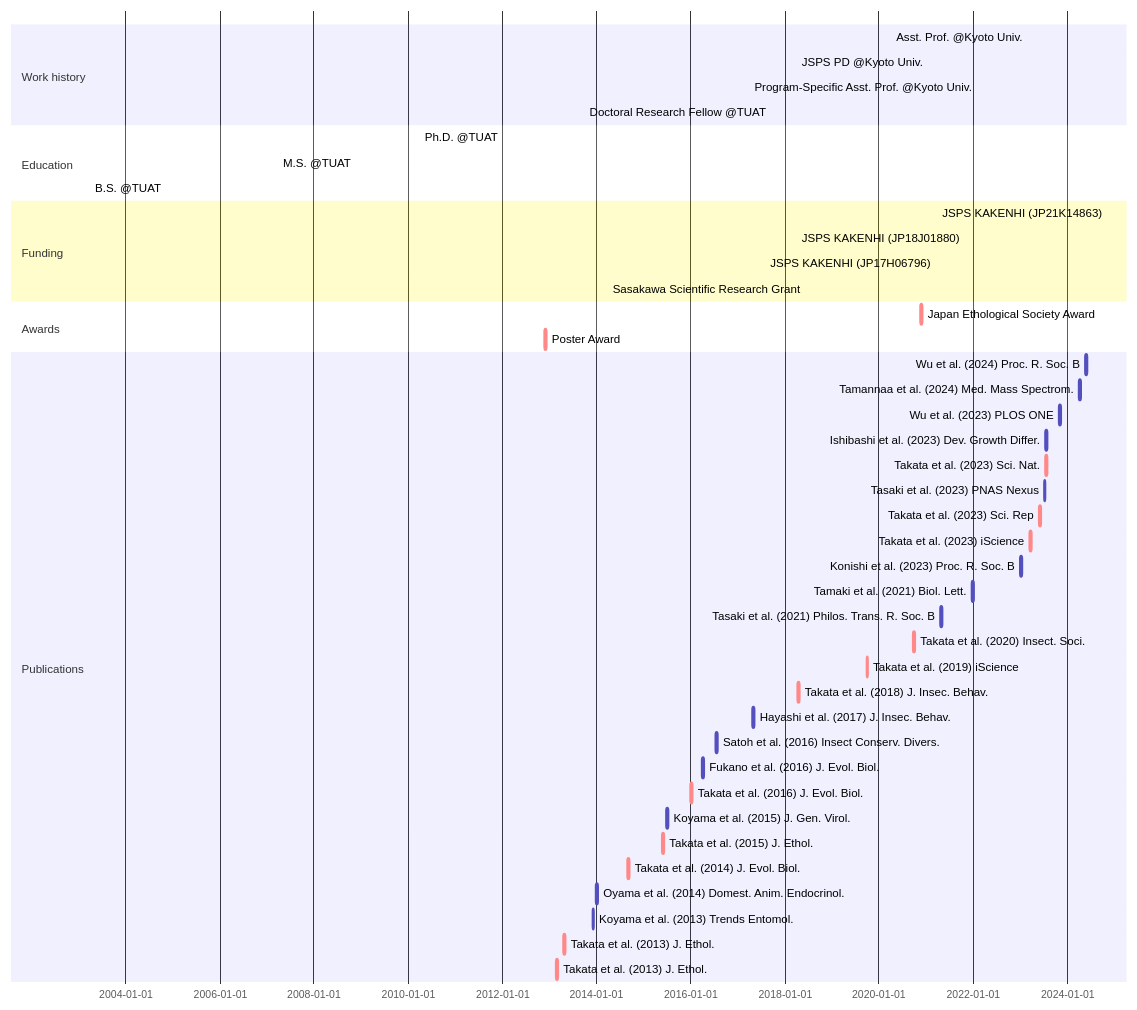
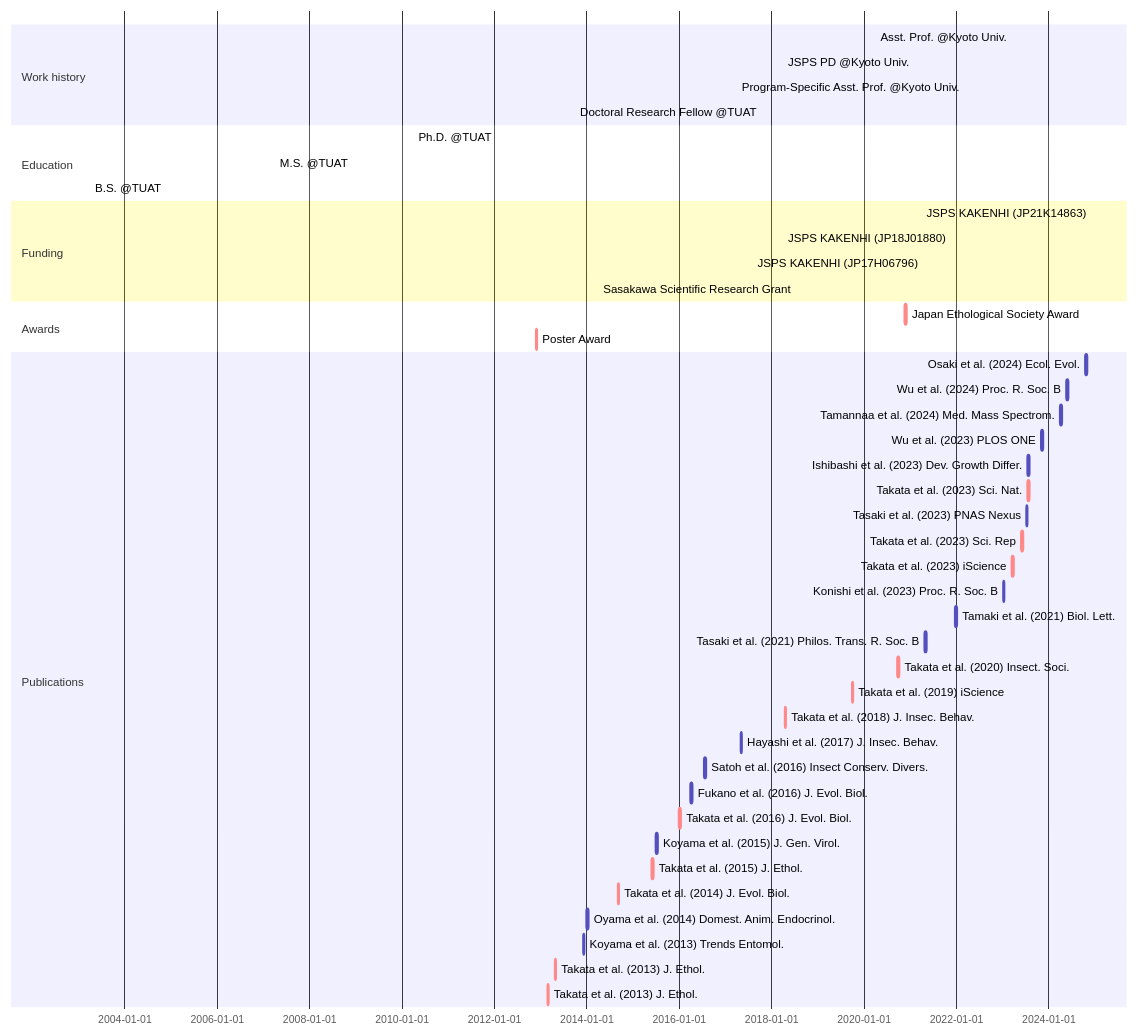
One commit to MamoruTakata/MamoruTakata.github.io changed the diagram in _includes/mermaid-cv.md. Above: the diagram before and after it, drawn with Mermaid.

````diff
--- a/_includes/mermaid-cv.md
+++ b/_includes/mermaid-cv.md
@@ -1,50 +1,51 @@
 ```mermaid
 gantt
 section Work history
   Asst. Prof. @Kyoto Univ.                      : active, Asst. Prof., 2020-04-01, 2026-03-31
   JSPS PD @Kyoto Univ.                          : active, PD, 2018-04-01, 2020-03-31
   Program-Specific Asst. Prof. @Kyoto Univ.     : active, Program-Specific Asst. Prof., 2017-04-01, 2018-03-31
   Doctoral Research Fellow @TUAT                : active, Program-Specific Asst. Prof., 2013-10-01, 2017-03-31
 
 section Education
   Ph.D. @TUAT    : Ph.D., 2010-04-01, 2013-09-18
   M.S. @TUAT     : M.S., 2007-04-01, 2010-03-31
   B.S. @TUAT     : B.S., 2003-04-01, 2007-03-31
 
 section Funding
   JSPS KAKENHI (JP21K14863)                     : active, grant_young, 2021-04-01, 2026-03-31
   JSPS KAKENHI (JP18J01880)                     : active, grant_PD, 2018-04-01, 2021-03-31
   JSPS KAKENHI (JP17H06796)                     : active, grant_start, 2017-08-01, 2018-03-31
   Sasakawa Scientific Research Grant            : active, grant_Sasagawa, 2014-04-01, 2015-03-31
 
 section Awards
   Japan Ethological Society Award               : crit, aw_2, 2020-11-21, 2w
   Poster Award                                  : crit, aw_1, 2012-11-24, 2w
 
 section Publications
+  Osaki et al. (2024) Ecol. Evol.               :       Osaki et al. 2024, 2024-10-17, 2w
   Wu et al. (2024) Proc. R. Soc. B              :       Wu et al. 2024, 2024-05-22, 2w
   Tamannaa et al. (2024) Med. Mass Spectrom.    :       Tamannaa et al. 2024, 2024-04-01, 2w
   Wu et al. (2023) PLOS ONE                     :       Wu et al. 2023, 2023-11-02, 2w
   Ishibashi et al. (2023) Dev. Growth Differ.   :       Ishibashi et al. 2023, 2023-07-18, 2w
   Takata et al. (2023) Sci. Nat.                : crit, Takata et al. 2023c, 2023-07-17, 2w
   Tasaki et al. (2023) PNAS Nexus               :       Tasaki et al. 2023, 2023-07-04, 2w
   Takata et al. (2023) Sci. Rep                 : crit, Takata et al. 2023b, 2023-05-31, 2w
   Takata et al. (2023) iScience                 : crit, Takata et al. 2023a, 2023-03-17, 2w
   Konishi et al. (2023) Proc. R. Soc. B         :       Konishi et al. 2023, 2023-01-04, 2w
   Tamaki et al. (2021) Biol. Lett.              :       Tamaki et al. 2021, 2021-12-22, 2w
   Tasaki et al. (2021) Philos. Trans. R. Soc. B :       Tasaki et al. 2021, 2021-04-26, 2w
   Takata et al. (2020) Insect. Soci.            : crit, Takata et al. 2020, 2020-09-22, 2w
   Takata et al. (2019) iScience                 : crit, Takata et al. 2019, 2019-09-27, 2w
   Takata et al. (2018) J. Insec. Behav.         : crit, Takata et al. 2018, 2018-04-14, 2w
   Hayashi et al. (2017) J. Insec. Behav.        :       Hayashi et al. 2017, 2017-04-29, 2w
   Satoh et al. (2016) Insect Conserv. Divers.   :       Satoh et al. 2016, 2016-07-16, 2w
   Fukano et al. (2016) J. Evol. Biol.           :       Fukano et al. 2016, 2016-04-01, 2w
   Takata et al. (2016) J. Evol. Biol.           : crit, Takata et al. 2016, 2016-01-01, 2w
   Koyama et al. (2015) J. Gen. Virol.           :       Koyama et al. 2015, 2015-07-01, 2w
   Takata et al. (2015) J. Ethol.                : crit, Takata et al. 2015, 2015-05-28, 2w
   Takata et al. (2014) J. Evol. Biol.           : crit, Takata et al. 2014, 2014-09-01, 2w
   Oyama et al. (2014) Domest. Anim. Endocrinol. :       Oyama et al. 2014, 2014-01-01, 2w
   Koyama et al. (2013) Trends Entomol.          :       Koyama et al. 2013, 2013-12-01, 2w
   Takata et al. (2013) J. Ethol.                : crit, Takata et al. 2015b, 2013-04-21, 2w
   Takata et al. (2013) J. Ethol.                : crit, Takata et al. 2015a, 2013-02-23, 2w
 ```
````
